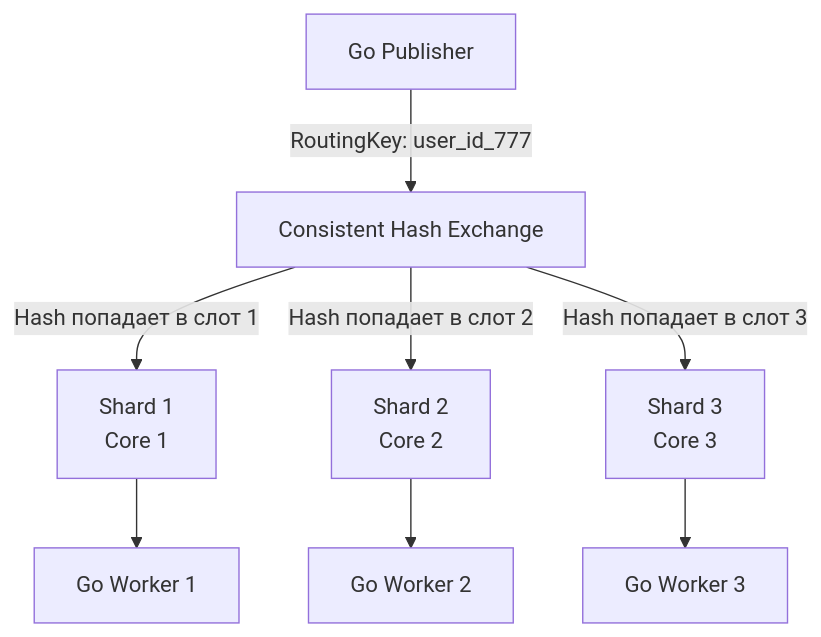
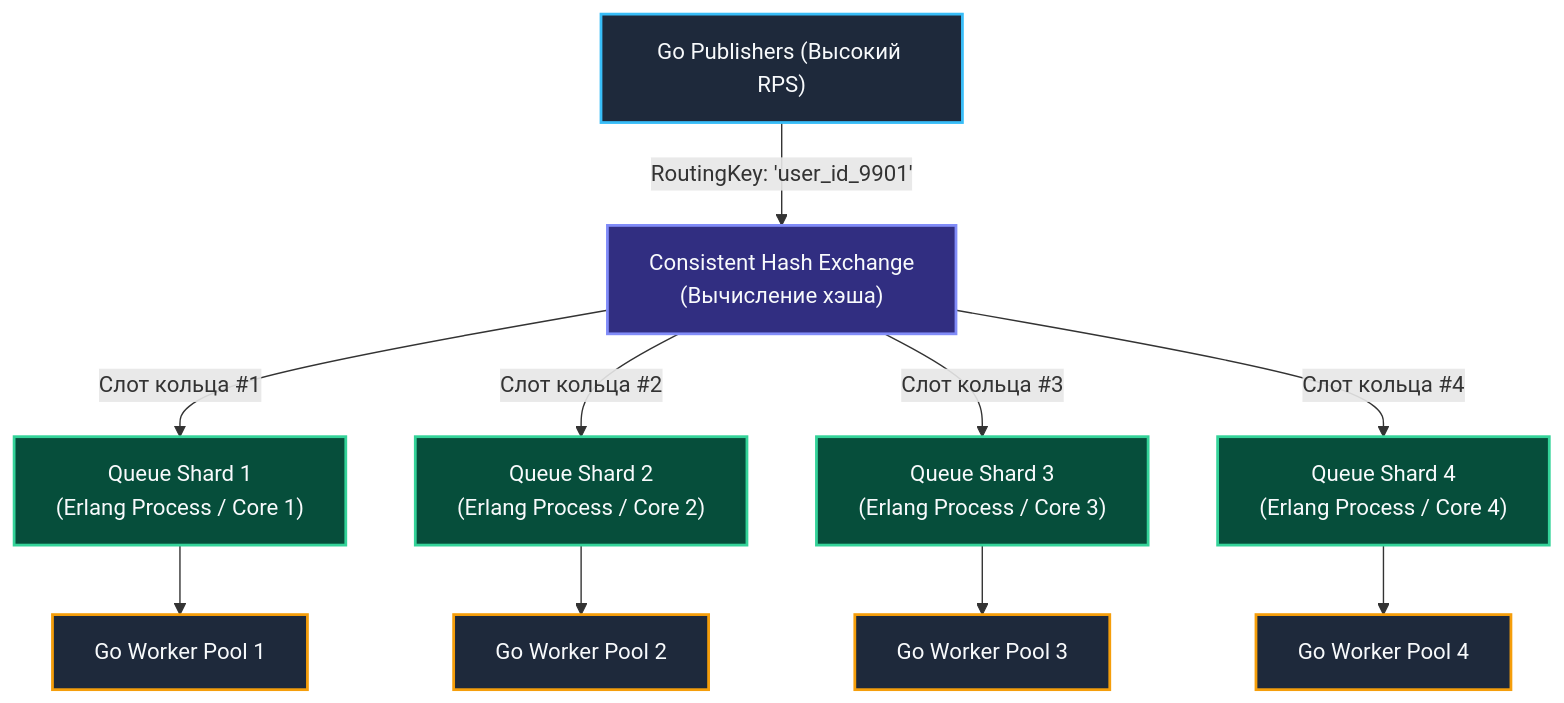
One commit to UnrealTemplier/go-textbook changed the third of 3 diagrams in sources/13. Очереди, брокеры сообщений и оркестраторы/02. RabbitMQ/10. Производительность и tuning RabbitMQ.md. Above: the diagram before and after it, drawn with Mermaid. The commit also changed other lines of this file, not shown here.

````diff
--- a/sources/13. Очереди, брокеры сообщений и оркестраторы/02. RabbitMQ/10. Производительность и tuning RabbitMQ.md
+++ b/sources/13. Очереди, брокеры сообщений и оркестраторы/02. RabbitMQ/10. Производительность и tuning RabbitMQ.md
@@ -52,12 +117,24 @@
 ```mermaid
-graph TD
-    P["Go Publisher"] -->|"RoutingKey: user_id_777"| CH["Consistent Hash Exchange"]
-    
-    CH -->|"Hash попадает в слот 1"| Q1["Shard 1<br>Core 1"]
-    CH -->|"Hash попадает в слот 2"| Q2["Shard 2<br>Core 2"]
-    CH -->|"Hash попадает в слот 3"| Q3["Shard 3<br>Core 3"]
-    
-    Q1 --> C1["Go Worker 1"]
-    Q2 --> C2["Go Worker 2"]
-    Q3 --> C3["Go Worker 3"]
+flowchart TD
+    Pub["Go Publishers (Высокий RPS)"] -->|"RoutingKey: 'user_id_9901'"| CHE["Consistent Hash Exchange<br>(Вычисление хэша)"]
+
+    CHE -->|"Слот кольца #1"| Q1["Queue Shard 1<br>(Erlang Process / Core 1)"]
+    CHE -->|"Слот кольца #2"| Q2["Queue Shard 2<br>(Erlang Process / Core 2)"]
+    CHE -->|"Слот кольца #3"| Q3["Queue Shard 3<br>(Erlang Process / Core 3)"]
+    CHE -->|"Слот кольца #4"| Q4["Queue Shard 4<br>(Erlang Process / Core 4)"]
+
+    Q1 --> W1["Go Worker Pool 1"]
+    Q2 --> W2["Go Worker Pool 2"]
+    Q3 --> W3["Go Worker Pool 3"]
+    Q4 --> W4["Go Worker Pool 4"]
+
+    classDef pub fill:#1e293b,stroke:#38bdf8,stroke-width:2px,color:#f8fafc;
+    classDef ex fill:#312e81,stroke:#818cf8,stroke-width:2px,color:#f8fafc;
+    classDef q fill:#064e3b,stroke:#34d399,stroke-width:2px,color:#f8fafc;
+    classDef worker fill:#1e293b,stroke:#f59e0b,stroke-width:2px,color:#f8fafc;
+
+    class Pub pub;
+    class CHE ex;
+    class Q1,Q2,Q3,Q4 q;
+    class W1,W2,W3,W4 worker;
 ```
````
